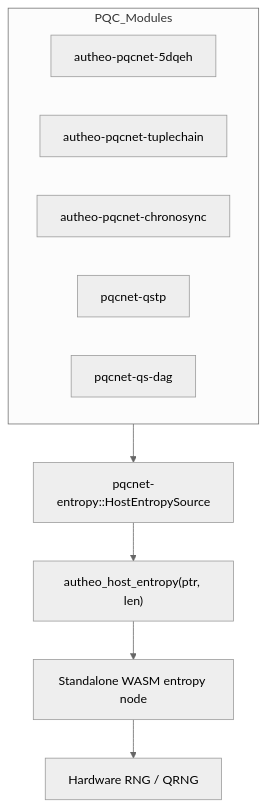
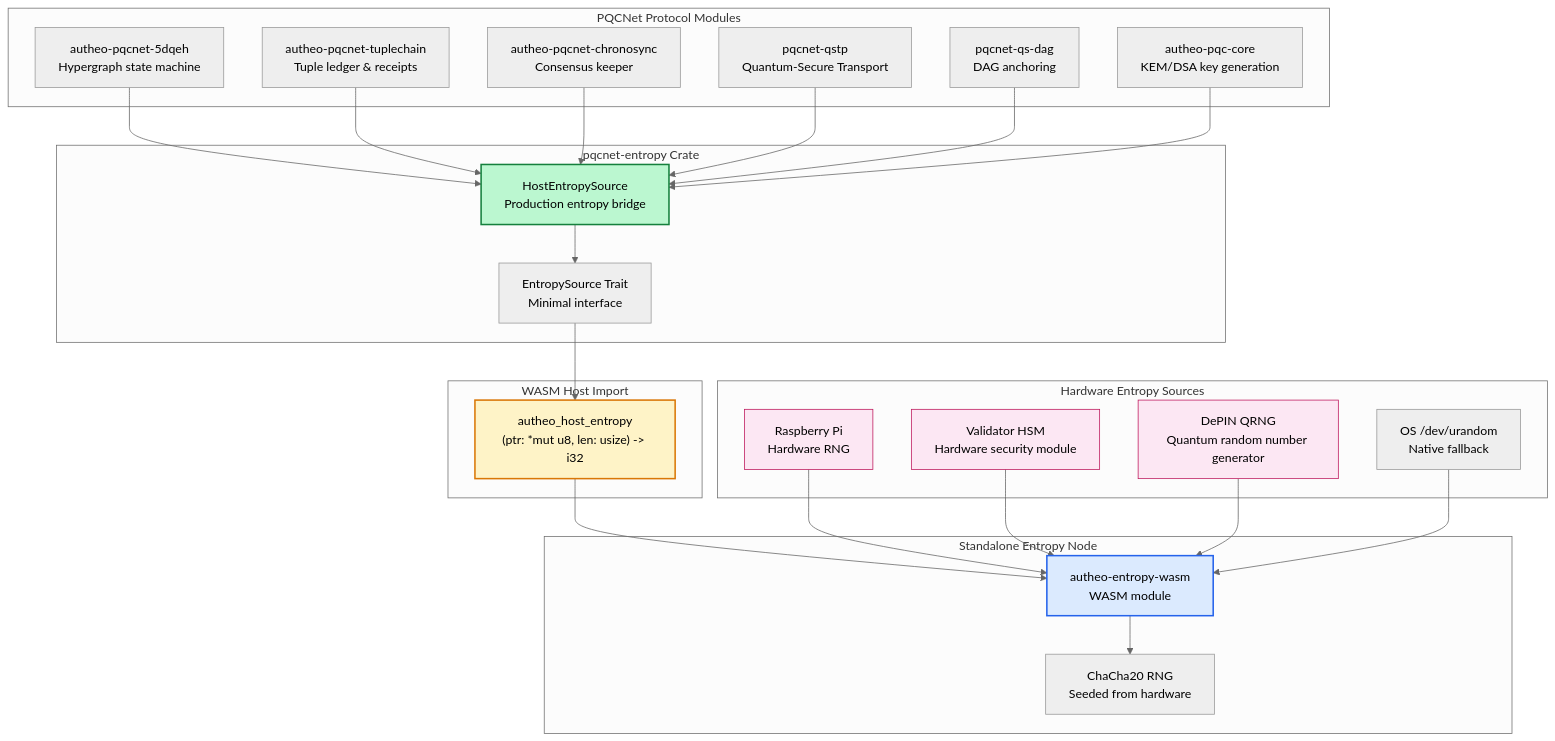
The diagram in pqcnet-contracts/pqcnet-entropy/README.md (Lpierzina/pqc-tracing-bot), drawn with Mermaid (neutral theme) before and after one commit. The commit also changed other lines of this file and 332 other files, not shown here.

First line of the commit message:
feat: Add production entropy example and tests (#65)

````diff
--- a/pqcnet-contracts/pqcnet-entropy/README.md
+++ b/pqcnet-contracts/pqcnet-entropy/README.md
@@ -12,16 +26,58 @@
 ```mermaid
-graph TD
-    subgraph PQC_Modules
-        A["autheo-pqcnet-5dqeh"]
-        B["autheo-pqcnet-tuplechain"]
-        C["autheo-pqcnet-chronosync"]
-        D["pqcnet-qstp"]
-        E["pqcnet-qs-dag"]
+graph TB
+    subgraph PQC_Modules["PQCNet Protocol Modules"]
+        A["autheo-pqcnet-5dqeh<br/>Hypergraph state machine"]
+        B["autheo-pqcnet-tuplechain<br/>Tuple ledger & receipts"]
+        C["autheo-pqcnet-chronosync<br/>Consensus keeper"]
+        D["pqcnet-qstp<br/>Quantum-Secure Transport"]
+        E["pqcnet-qs-dag<br/>DAG anchoring"]
+        F["autheo-pqc-core<br/>KEM/DSA key generation"]
     end
 
-    PQC_Modules --> F["pqcnet-entropy::HostEntropySource"]
-    F --> G["autheo_host_entropy(ptr, len)"]
-    G --> H["Standalone WASM entropy node"]
-    H --> I["Hardware RNG / QRNG"]
+    subgraph Entropy_Bridge["pqcnet-entropy Crate"]
+        G["HostEntropySource<br/>Production entropy bridge"]
+        H["EntropySource Trait<br/>Minimal interface"]
+    end
+
+    subgraph WASM_ABI["WASM Host Import"]
+        I["autheo_host_entropy<br/>(ptr: *mut u8, len: usize) -> i32"]
+    end
+
+    subgraph Entropy_Node["Standalone Entropy Node"]
+        J["autheo-entropy-wasm<br/>WASM module"]
+        K["ChaCha20 RNG<br/>Seeded from hardware"]
+    end
+
+    subgraph Hardware_Sources["Hardware Entropy Sources"]
+        L["Raspberry Pi<br/>Hardware RNG"]
+        M["Validator HSM<br/>Hardware security module"]
+        N["DePIN QRNG<br/>Quantum random number generator"]
+        O["OS /dev/urandom<br/>Native fallback"]
+    end
+
+    A --> G
+    B --> G
+    C --> G
+    D --> G
+    E --> G
+    F --> G
+    
+    G --> H
+    H --> I
+    
+    I --> J
+    J --> K
+    
+    L --> J
+    M --> J
+    N --> J
+    O --> J
+    
+    style G fill:#bbf7d0,stroke:#15803d,stroke-width:2px
+    style I fill:#fef3c7,stroke:#d97706,stroke-width:2px
+    style J fill:#dbeafe,stroke:#2563eb,stroke-width:2px
+    style L fill:#fce7f3,stroke:#be185d,stroke-width:1px
+    style M fill:#fce7f3,stroke:#be185d,stroke-width:1px
+    style N fill:#fce7f3,stroke:#be185d,stroke-width:1px
 
 ```
````
